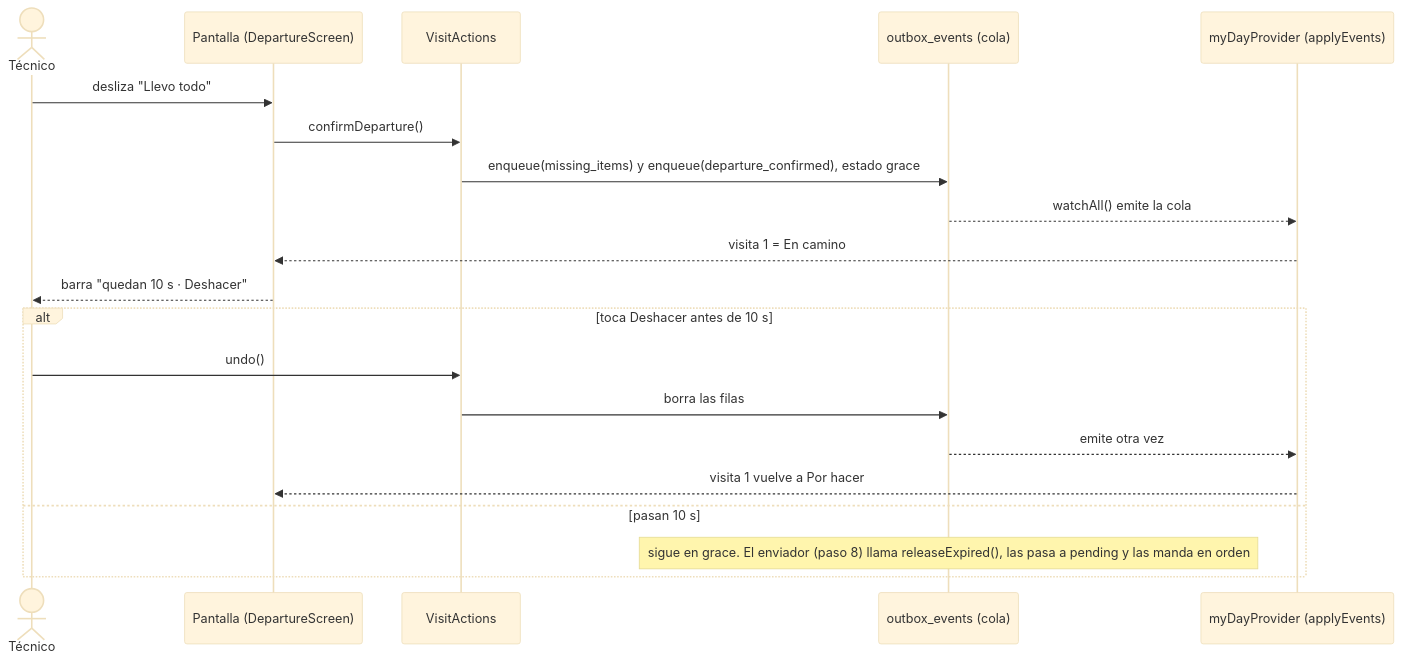
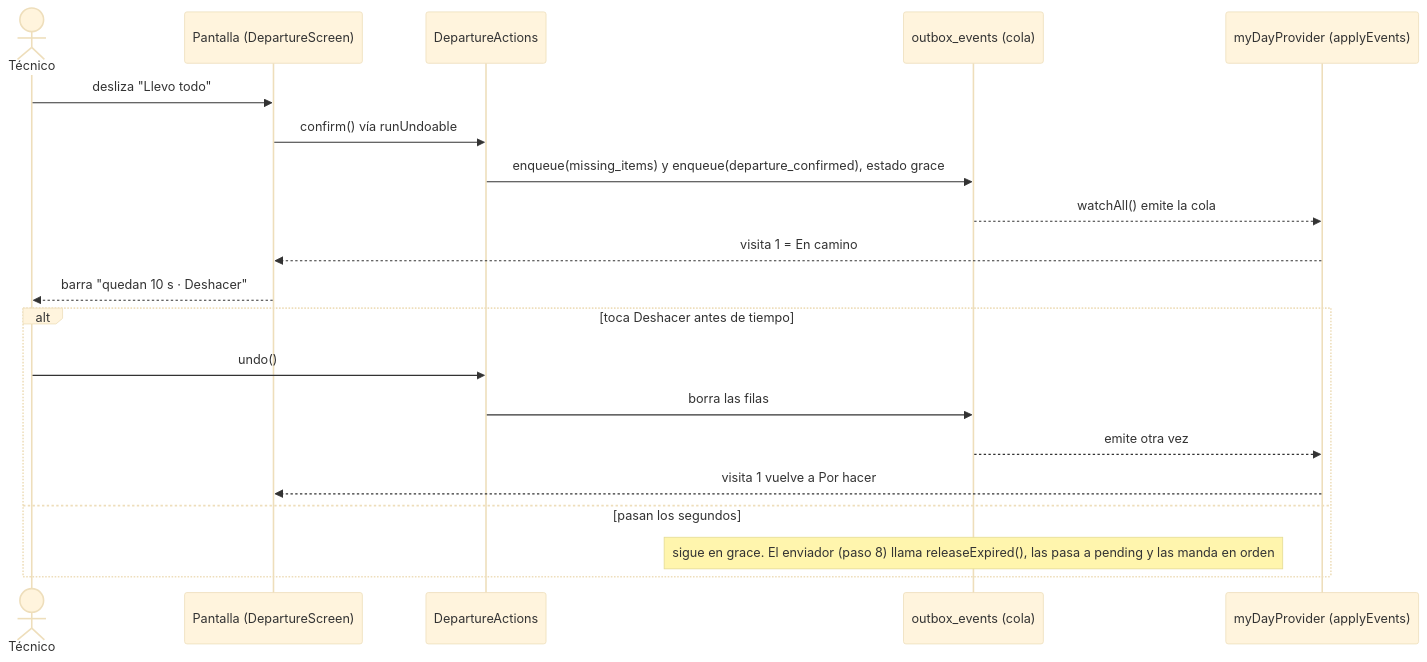
One commit to edggclu/rutas_app changed the fourth of 9 diagrams in README.md. Above: the diagram before and after it, drawn with Mermaid (base theme). The commit also changed other lines of this file and 1 other file, not shown here.

````diff
--- a/README.md
+++ b/README.md
@@ -183,23 +243,23 @@
 ```mermaid
 sequenceDiagram
     actor T as Técnico
     participant UI as Pantalla (DepartureScreen)
-    participant A as VisitActions
+    participant A as DepartureActions
     participant O as outbox_events (cola)
     participant S as myDayProvider (applyEvents)
 
     T->>UI: desliza "Llevo todo"
-    UI->>A: confirmDeparture()
+    UI->>A: confirm() vía runUndoable
     A->>O: enqueue(missing_items) y enqueue(departure_confirmed), estado grace
     O-->>S: watchAll() emite la cola
     S-->>UI: visita 1 = En camino
     UI-->>T: barra "quedan 10 s · Deshacer"
-    alt toca Deshacer antes de 10 s
+    alt toca Deshacer antes de tiempo
         T->>A: undo()
         A->>O: borra las filas
         O-->>S: emite otra vez
         S-->>UI: visita 1 vuelve a Por hacer
-    else pasan 10 s
+    else pasan los segundos
         Note over O: sigue en grace. El enviador (paso 8) llama releaseExpired(), las pasa a pending y las manda en orden
     end
 ```
````
